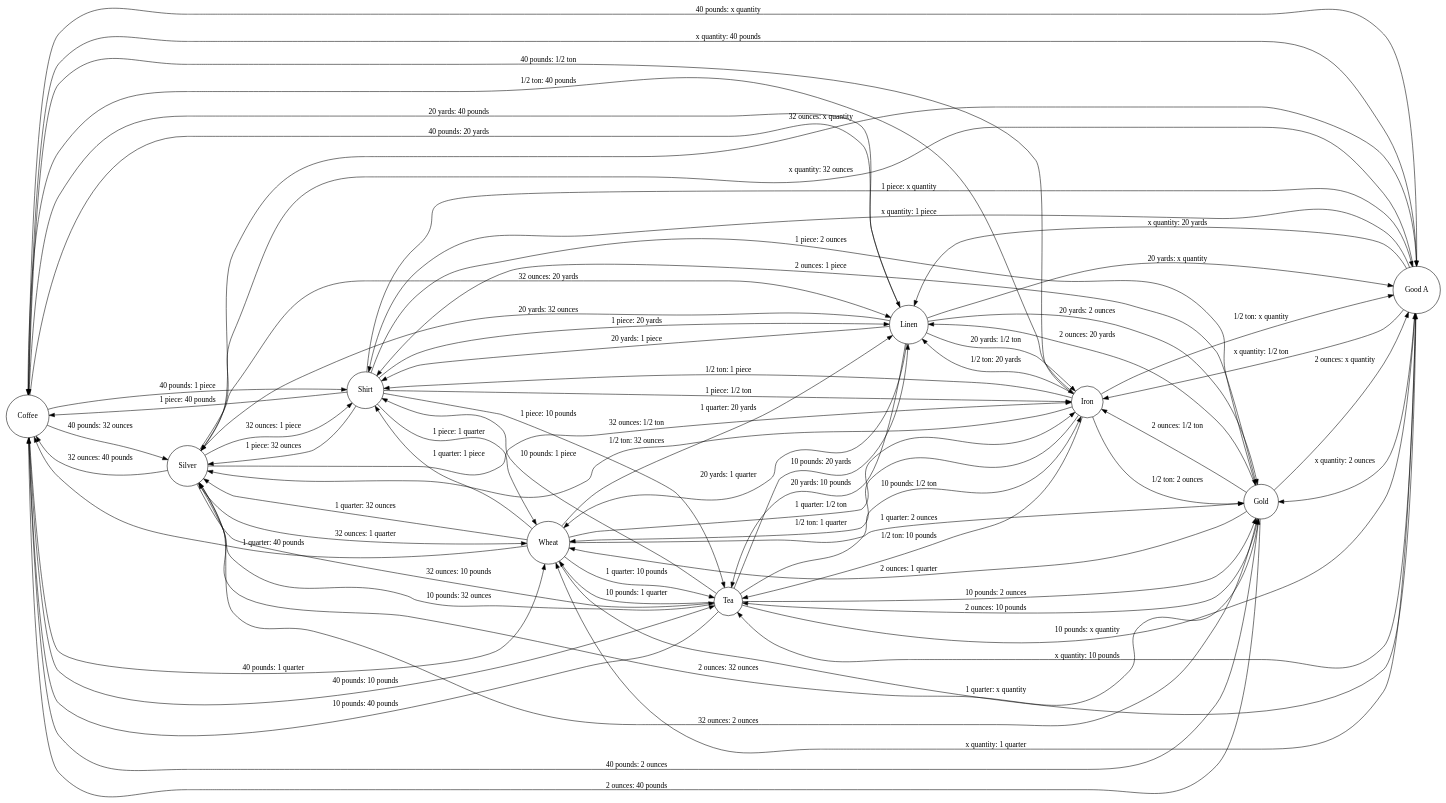
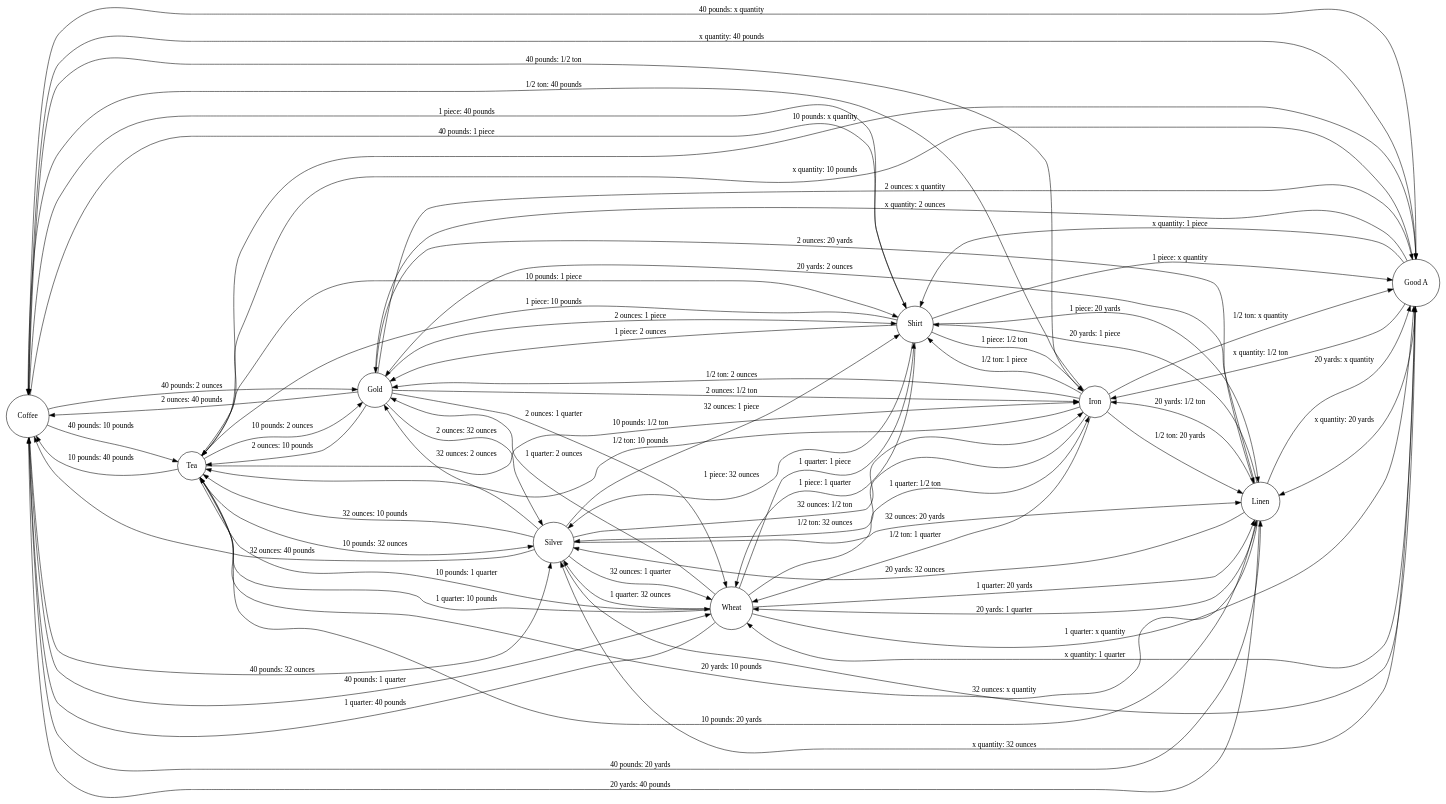
The diagram in 资本的生产过程/价值形式理论/价值形式/datas_graphs_generated/moneys_complete.dot (Wangsutan/Kapital), drawn with Graphviz before and after one commit. The commit also changed other lines of this file and 567 other files, not shown here.

```diff
--- a/资本的生产过程/价值形式理论/价值形式/datas_graphs_generated/moneys_complete.dot
+++ b/资本的生产过程/价值形式理论/价值形式/datas_graphs_generated/moneys_complete.dot
@@ -1,76 +1,76 @@
 digraph 价值形式理论 {
     rankdir=LR;
     node [shape=circle];
+    "Coffee" -> "Tea" [label="40 pounds: 10 pounds"];
+    "Coffee" -> "Good A" [label="40 pounds: x quantity"];
+    "Coffee" -> "Linen" [label="40 pounds: 20 yards"];
+    "Coffee" -> "Iron" [label="40 pounds: 1/2 ton"];
+    "Coffee" -> "Shirt" [label="40 pounds: 1 piece"];
+    "Coffee" -> "Wheat" [label="40 pounds: 1 quarter"];
     "Coffee" -> "Silver" [label="40 pounds: 32 ounces"];
-    "Coffee" -> "Good A" [label="40 pounds: x quantity"];
     "Coffee" -> "Gold" [label="40 pounds: 2 ounces"];
-    "Coffee" -> "Iron" [label="40 pounds: 1/2 ton"];
-    "Coffee" -> "Linen" [label="40 pounds: 20 yards"];
-    "Coffee" -> "Tea" [label="40 pounds: 10 pounds"];
-    "Coffee" -> "Wheat" [label="40 pounds: 1 quarter"];
-    "Coffee" -> "Shirt" [label="40 pounds: 1 piece"];
-    "Gold" -> "Silver" [label="2 ounces: 32 ounces"];
-    "Gold" -> "Good A" [label="2 ounces: x quantity"];
-    "Gold" -> "Iron" [label="2 ounces: 1/2 ton"];
-    "Gold" -> "Linen" [label="2 ounces: 20 yards"];
     "Gold" -> "Tea" [label="2 ounces: 10 pounds"];
     "Gold" -> "Coffee" [label="2 ounces: 40 pounds"];
+    "Gold" -> "Good A" [label="2 ounces: x quantity"];
+    "Gold" -> "Linen" [label="2 ounces: 20 yards"];
+    "Gold" -> "Iron" [label="2 ounces: 1/2 ton"];
+    "Gold" -> "Shirt" [label="2 ounces: 1 piece"];
     "Gold" -> "Wheat" [label="2 ounces: 1 quarter"];
-    "Gold" -> "Shirt" [label="2 ounces: 1 piece"];
+    "Gold" -> "Silver" [label="2 ounces: 32 ounces"];
+    "Good A" -> "Tea" [label="x quantity: 10 pounds"];
+    "Good A" -> "Coffee" [label="x quantity: 40 pounds"];
+    "Good A" -> "Linen" [label="x quantity: 20 yards"];
+    "Good A" -> "Iron" [label="x quantity: 1/2 ton"];
+    "Good A" -> "Shirt" [label="x quantity: 1 piece"];
+    "Good A" -> "Wheat" [label="x quantity: 1 quarter"];
     "Good A" -> "Silver" [label="x quantity: 32 ounces"];
     "Good A" -> "Gold" [label="x quantity: 2 ounces"];
-    "Good A" -> "Iron" [label="x quantity: 1/2 ton"];
-    "Good A" -> "Linen" [label="x quantity: 20 yards"];
-    "Good A" -> "Tea" [label="x quantity: 10 pounds"];
-    "Good A" -> "Coffee" [label="x quantity: 40 pounds"];
-    "Good A" -> "Wheat" [label="x quantity: 1 quarter"];
-    "Good A" -> "Shirt" [label="x quantity: 1 piece"];
-    "Iron" -> "Silver" [label="1/2 ton: 32 ounces"];
-    "Iron" -> "Good A" [label="1/2 ton: x quantity"];
-    "Iron" -> "Gold" [label="1/2 ton: 2 ounces"];
-    "Iron" -> "Linen" [label="1/2 ton: 20 yards"];
     "Iron" -> "Tea" [label="1/2 ton: 10 pounds"];
     "Iron" -> "Coffee" [label="1/2 ton: 40 pounds"];
+    "Iron" -> "Good A" [label="1/2 ton: x quantity"];
+    "Iron" -> "Linen" [label="1/2 ton: 20 yards"];
+    "Iron" -> "Shirt" [label="1/2 ton: 1 piece"];
     "Iron" -> "Wheat" [label="1/2 ton: 1 quarter"];
-    "Iron" -> "Shirt" [label="1/2 ton: 1 piece"];
-    "Linen" -> "Silver" [label="20 yards: 32 ounces"];
-    "Linen" -> "Good A" [label="20 yards: x quantity"];
-    "Linen" -> "Gold" [label="20 yards: 2 ounces"];
-    "Linen" -> "Iron" [label="20 yards: 1/2 ton"];
+    "Iron" -> "Silver" [label="1/2 ton: 32 ounces"];
+    "Iron" -> "Gold" [label="1/2 ton: 2 ounces"];
     "Linen" -> "Tea" [label="20 yards: 10 pounds"];
     "Linen" -> "Coffee" [label="20 yards: 40 pounds"];
+    "Linen" -> "Good A" [label="20 yards: x quantity"];
+    "Linen" -> "Iron" [label="20 yards: 1/2 ton"];
+    "Linen" -> "Shirt" [label="20 yards: 1 piece"];
     "Linen" -> "Wheat" [label="20 yards: 1 quarter"];
-    "Linen" -> "Shirt" [label="20 yards: 1 piece"];
-    "Shirt" -> "Silver" [label="1 piece: 32 ounces"];
-    "Shirt" -> "Good A" [label="1 piece: x quantity"];
-    "Shirt" -> "Gold" [label="1 piece: 2 ounces"];
-    "Shirt" -> "Iron" [label="1 piece: 1/2 ton"];
-    "Shirt" -> "Linen" [label="1 piece: 20 yards"];
+    "Linen" -> "Silver" [label="20 yards: 32 ounces"];
+    "Linen" -> "Gold" [label="20 yards: 2 ounces"];
     "Shirt" -> "Tea" [label="1 piece: 10 pounds"];
     "Shirt" -> "Coffee" [label="1 piece: 40 pounds"];
+    "Shirt" -> "Good A" [label="1 piece: x quantity"];
+    "Shirt" -> "Linen" [label="1 piece: 20 yards"];
+    "Shirt" -> "Iron" [label="1 piece: 1/2 ton"];
     "Shirt" -> "Wheat" [label="1 piece: 1 quarter"];
-    "Silver" -> "Good A" [label="32 ounces: x quantity"];
-    "Silver" -> "Gold" [label="32 ounces: 2 ounces"];
-    "Silver" -> "Iron" [label="32 ounces: 1/2 ton"];
-    "Silver" -> "Linen" [label="32 ounces: 20 yards"];
+    "Shirt" -> "Silver" [label="1 piece: 32 ounces"];
+    "Shirt" -> "Gold" [label="1 piece: 2 ounces"];
     "Silver" -> "Tea" [label="32 ounces: 10 pounds"];
     "Silver" -> "Coffee" [label="32 ounces: 40 pounds"];
+    "Silver" -> "Good A" [label="32 ounces: x quantity"];
+    "Silver" -> "Linen" [label="32 ounces: 20 yards"];
+    "Silver" -> "Iron" [label="32 ounces: 1/2 ton"];
+    "Silver" -> "Shirt" [label="32 ounces: 1 piece"];
     "Silver" -> "Wheat" [label="32 ounces: 1 quarter"];
-    "Silver" -> "Shirt" [label="32 ounces: 1 piece"];
+    "Silver" -> "Gold" [label="32 ounces: 2 ounces"];
+    "Tea" -> "Coffee" [label="10 pounds: 40 pounds"];
+    "Tea" -> "Good A" [label="10 pounds: x quantity"];
+    "Tea" -> "Linen" [label="10 pounds: 20 yards"];
+    "Tea" -> "Iron" [label="10 pounds: 1/2 ton"];
+    "Tea" -> "Shirt" [label="10 pounds: 1 piece"];
+    "Tea" -> "Wheat" [label="10 pounds: 1 quarter"];
     "Tea" -> "Silver" [label="10 pounds: 32 ounces"];
-    "Tea" -> "Good A" [label="10 pounds: x quantity"];
     "Tea" -> "Gold" [label="10 pounds: 2 ounces"];
-    "Tea" -> "Iron" [label="10 pounds: 1/2 ton"];
-    "Tea" -> "Linen" [label="10 pounds: 20 yards"];
-    "Tea" -> "Coffee" [label="10 pounds: 40 pounds"];
-    "Tea" -> "Wheat" [label="10 pounds: 1 quarter"];
-    "Tea" -> "Shirt" [label="10 pounds: 1 piece"];
-    "Wheat" -> "Silver" [label="1 quarter: 32 ounces"];
-    "Wheat" -> "Good A" [label="1 quarter: x quantity"];
-    "Wheat" -> "Gold" [label="1 quarter: 2 ounces"];
-    "Wheat" -> "Iron" [label="1 quarter: 1/2 ton"];
-    "Wheat" -> "Linen" [label="1 quarter: 20 yards"];
     "Wheat" -> "Tea" [label="1 quarter: 10 pounds"];
     "Wheat" -> "Coffee" [label="1 quarter: 40 pounds"];
+    "Wheat" -> "Good A" [label="1 quarter: x quantity"];
+    "Wheat" -> "Linen" [label="1 quarter: 20 yards"];
+    "Wheat" -> "Iron" [label="1 quarter: 1/2 ton"];
     "Wheat" -> "Shirt" [label="1 quarter: 1 piece"];
+    "Wheat" -> "Silver" [label="1 quarter: 32 ounces"];
+    "Wheat" -> "Gold" [label="1 quarter: 2 ounces"];
 }
```
